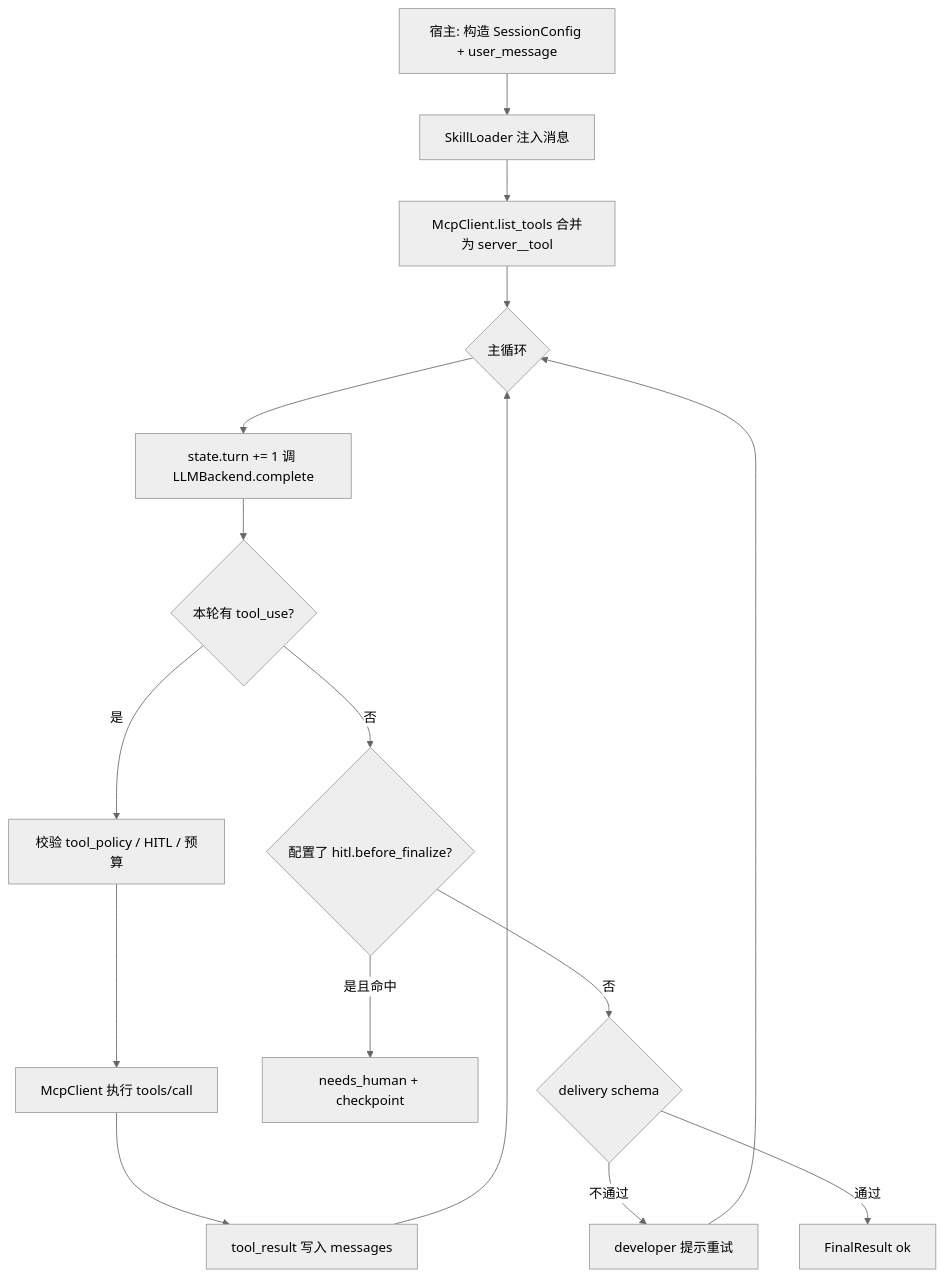
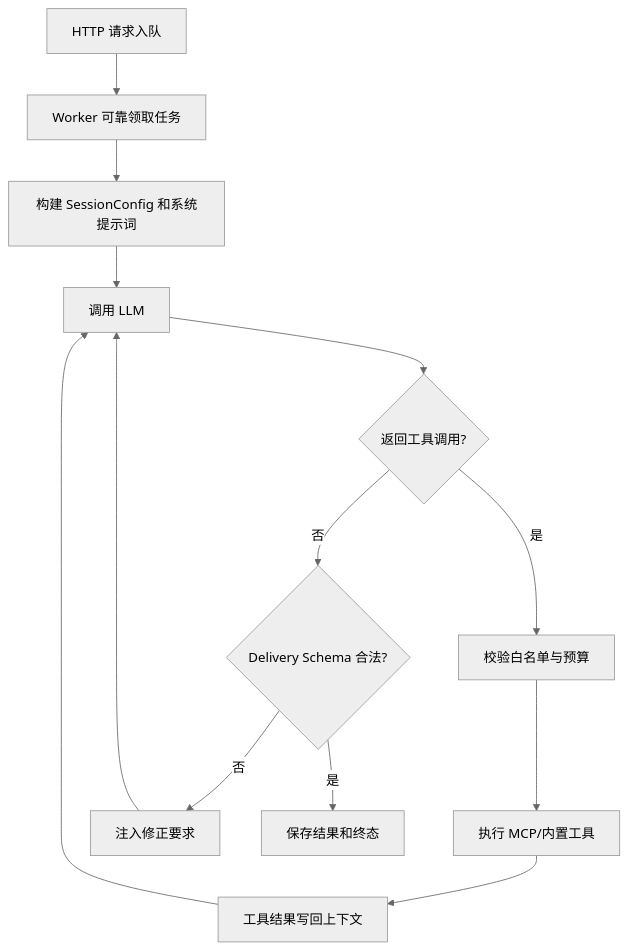
One commit to Kogler7/QASystem changed the diagram in agentcode/README.md. Above: the diagram before and after it, drawn with Mermaid (neutral theme). The commit also changed other lines of this file and 8 other files, not shown here.

````diff
--- a/agentcode/README.md
+++ b/agentcode/README.md
@@ -45,18 +120,15 @@
 ```mermaid
 flowchart TD
-  A[宿主: 构造 SessionConfig + user_message] --> B[SkillLoader 注入消息]
-  B --> C[McpClient.list_tools 合并为 server__tool]
-  C --> D{主循环}
-  D --> E[state.turn += 1 调 LLMBackend.complete]
-  E --> F{本轮有 tool_use?}
-  F -->|是| G[校验 tool_policy / HITL / 预算]
-  G --> H[McpClient 执行 tools/call]
-  H --> I[tool_result 写入 messages]
-  I --> D
-  F -->|否| J{配置了 hitl.before_finalize?}
-  J -->|是且命中| K[needs_human + checkpoint]
-  J -->|否| L{delivery schema}
-  L -->|不通过| M[developer 提示重试]
-  M --> D
-  L -->|通过| N[FinalResult ok]
+    A[HTTP 请求入队] --> B[Worker 可靠领取任务]
+    B --> C[构建 SessionConfig 和系统提示词]
+    C --> D[调用 LLM]
+    D --> E{返回工具调用?}
+    E -->|是| F[校验白名单与预算]
+    F --> G[执行 MCP/内置工具]
+    G --> H[工具结果写回上下文]
+    H --> D
+    E -->|否| I{Delivery Schema 合法?}
+    I -->|否| J[注入修正要求]
+    J --> D
+    I -->|是| K[保存结果和终态]
 ```
````
